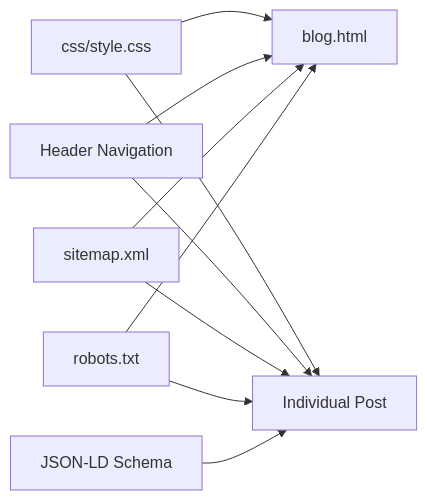
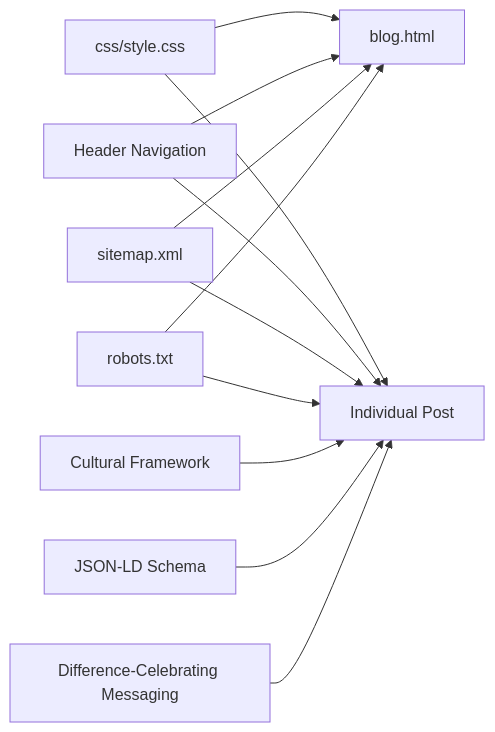
One commit to lynchip/graduates changed the sixth of 6 diagrams in .qoder/repowiki/en/content/Core Features/Educational Content Platform.md. Above: the diagram before and after it, drawn with Mermaid. The commit also changed other lines of this file and 12 other files, not shown here.

````diff
--- a/.qoder/repowiki/en/content/Core Features/Educational Content Platform.md
+++ b/.qoder/repowiki/en/content/Core Features/Educational Content Platform.md
@@ -430,19 +436,23 @@
 ```mermaid
 graph LR
 CSS["css/style.css"]
 Nav["Header Navigation"]
 List["blog.html"]
 Post["Individual Post"]
 SiteMap["sitemap.xml"]
 Robots["robots.txt"]
+Culture["Cultural Framework"]
 StructuredData["JSON-LD Schema"]
+End["Difference-Celebrating Messaging"]
 CSS --> List
 CSS --> Post
 Nav --> List
 Nav --> Post
 SiteMap --> List
 SiteMap --> Post
 Robots --> List
 Robots --> Post
+Culture --> Post
 StructuredData --> Post
+End --> Post
 ```
````
